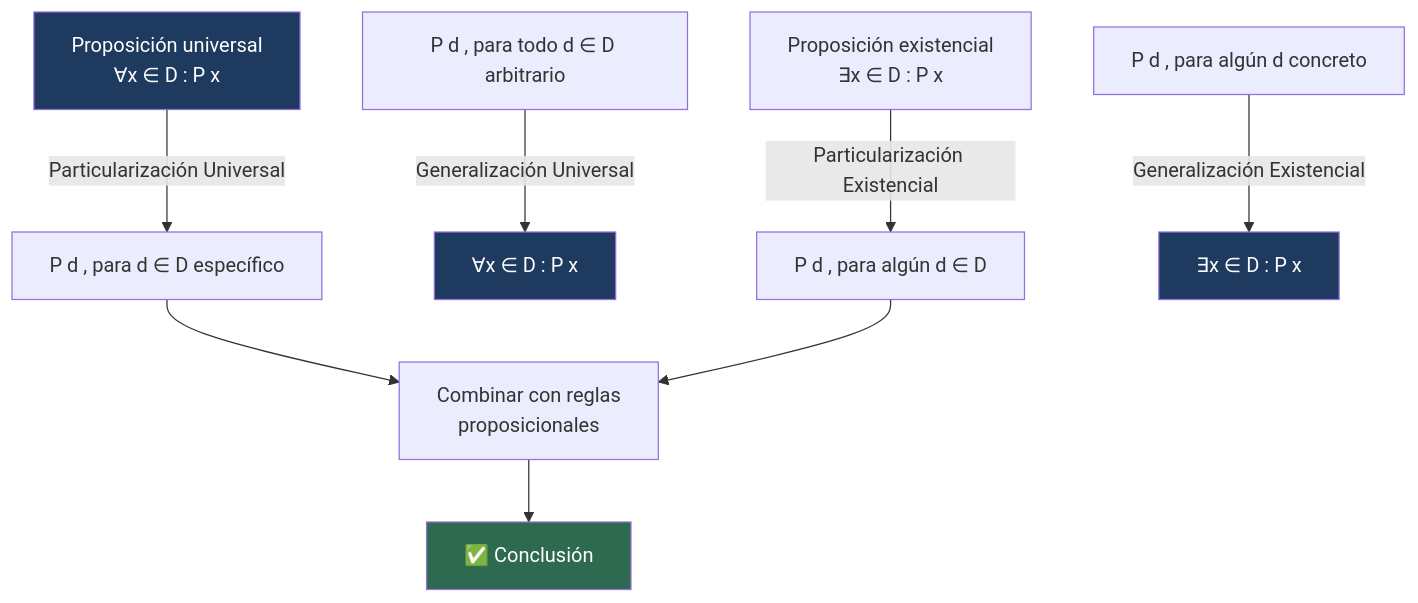
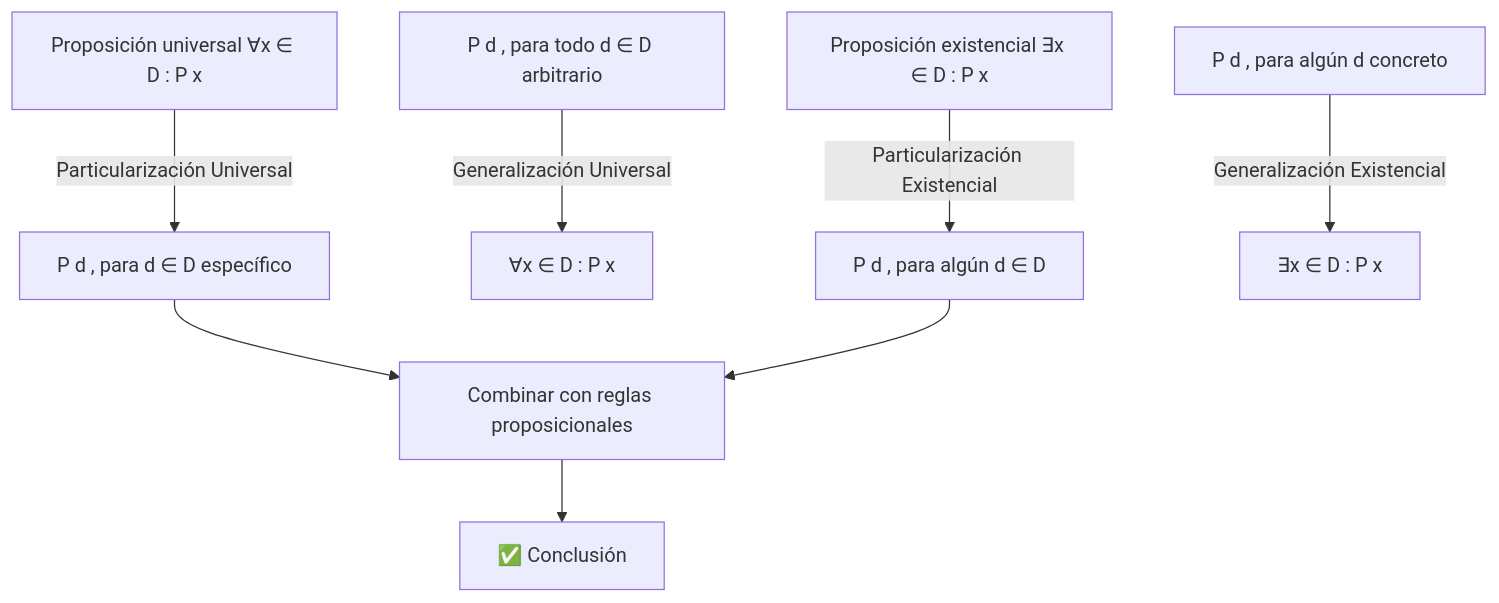
One commit to Fsteven22/Notas-de-Universidad-Freddy-Sanchez- changed the diagram in Universidad/3er Semestre/Matemáticas Discretas/Unidad 1 - Logica y Conjuntos/III - Razonamiento Inductivo/02 - Reglas de Inferencia para Afirmaciones Cuantificadas.md. Above: the diagram before and after it, drawn with Mermaid. The commit also changed other lines of this file and 1424 other files, not shown here.

````diff
--- a/Universidad/3er Semestre/Matemáticas Discretas/Unidad 1 - Logica y Conjuntos/III - Razonamiento Inductivo/02 - Reglas de Inferencia para Afirmaciones Cuantificadas.md
+++ b/Universidad/3er Semestre/Matemáticas Discretas/Unidad 1 - Logica y Conjuntos/III - Razonamiento Inductivo/02 - Reglas de Inferencia para Afirmaciones Cuantificadas.md
@@ -138,17 +142,13 @@
 ```mermaid
 graph TD
-    A[Proposición universal<br/>∀x ∈ D : P x] -->|Particularización Universal| B[P d , para d ∈ D específico]
+    A[Proposición universal ∀x ∈ D : P x] -->|Particularización Universal| B[P d , para d ∈ D específico]
     C[P d , para todo d ∈ D arbitrario] -->|Generalización Universal| D[∀x ∈ D : P x]
 
-    E[Proposición existencial<br/>∃x ∈ D : P x] -->|Particularización Existencial| F[P d , para algún d ∈ D]
+    E[Proposición existencial ∃x ∈ D : P x] -->|Particularización Existencial| F[P d , para algún d ∈ D]
     G[P d , para algún d concreto] -->|Generalización Existencial| H[∃x ∈ D : P x]
 
-    B --> I[Combinar con reglas<br/>proposicionales]
+    B --> I[Combinar con reglas proposicionales]
     F --> I
     I --> J[✅ Conclusión]
 
-    style A fill:#1e3a5f,color:#fff
-    style D fill:#1e3a5f,color:#fff
-    style H fill:#1e3a5f,color:#fff
-    style J fill:#2d6a4f,color:#fff
 ```
````
